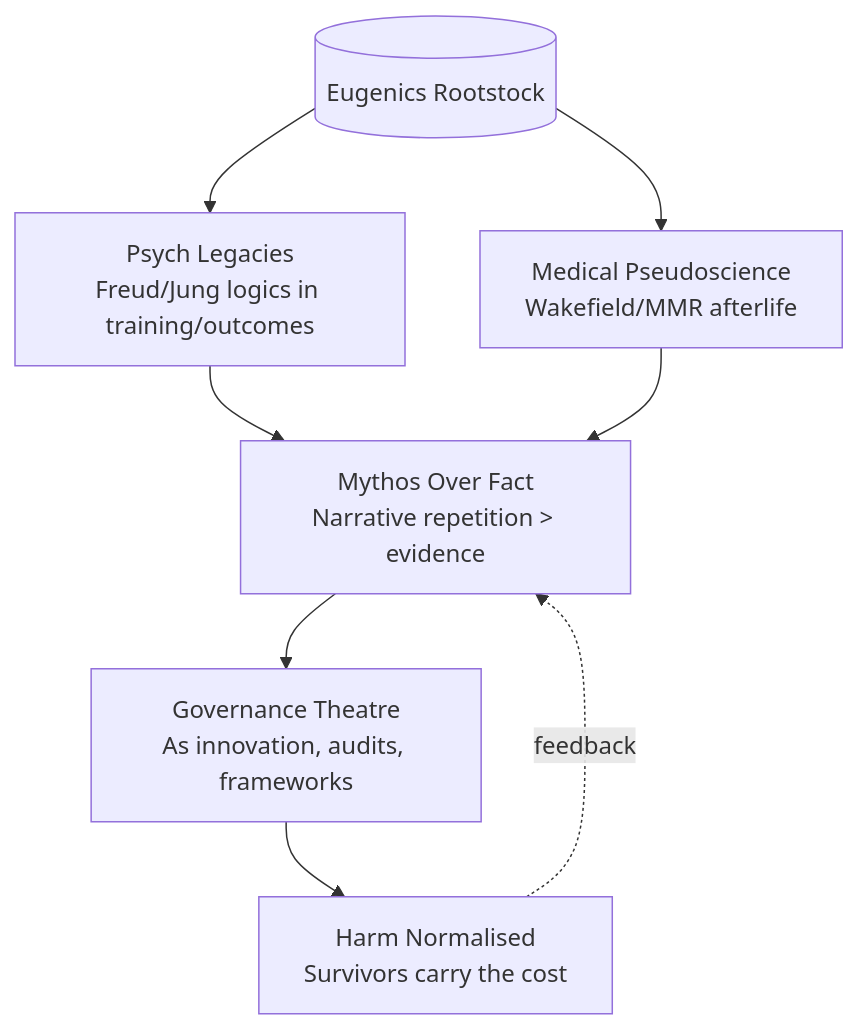
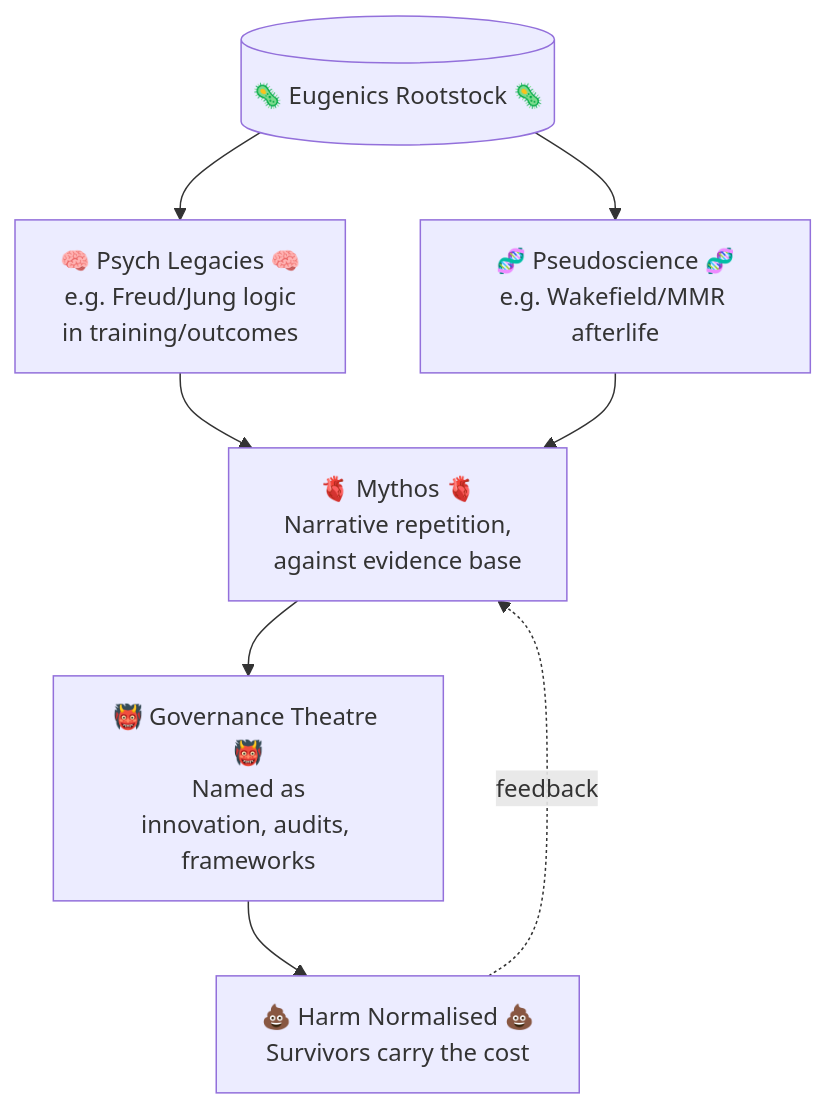
One commit to josefsbreakfast/Polaris-Protocol changed the second of 3 diagrams in Disruption_Kit/Big_Picture_Protocols/🌀_System_Governance/🧪_failure_recycling.md. Above: the diagram before and after it, drawn with Mermaid. The commit also changed other lines of this file, not shown here.

````diff
--- a/Disruption_Kit/Big_Picture_Protocols/🌀_System_Governance/🧪_failure_recycling.md
+++ b/Disruption_Kit/Big_Picture_Protocols/🌀_System_Governance/🧪_failure_recycling.md
@@ -58,10 +58,10 @@
 ```mermaid
 flowchart TB
-    R[(Eugenics Rootstock)] --> P1[Psych Legacies<br/>Freud/Jung logics in training/outcomes]
-    R --> P2[Medical Pseudoscience<br/>Wakefield/MMR afterlife]
-    P1 --> N[Mythos Over Fact<br/>Narrative repetition > evidence]
+    R[(🦠 Eugenics Rootstock 🦠)] --> P1[🧠 Psych Legacies 🧠<br>e.g. Freud/Jung logic<br>in training/outcomes]
+    R --> P2[🧬 Pseudoscience 🧬<br>e.g. Wakefield/MMR afterlife]
+    P1 --> N[🫀 Mythos 🫀<br>Narrative repetition,<br>against evidence base]
     P2 --> N
-    N --> G[Governance Theatre<br/>As innovation, audits, frameworks]
-    G --> H[Harm Normalised<br/>Survivors carry the cost]
+    N --> G[👹 Governance Theatre 👹<br>Named as<br>innovation, audits, frameworks]
+    G --> H[💩 Harm Normalised 💩<br>Survivors carry the cost]
     H -. feedback .-> N
 ```
````
